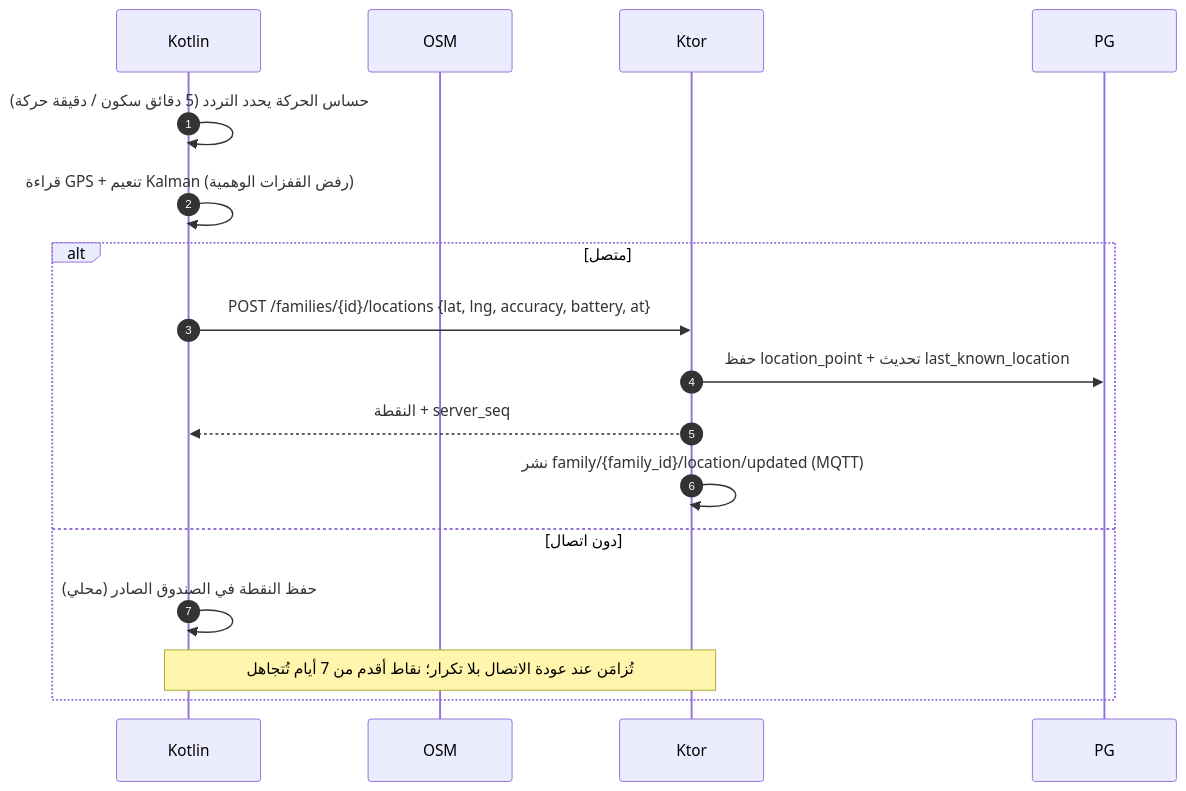
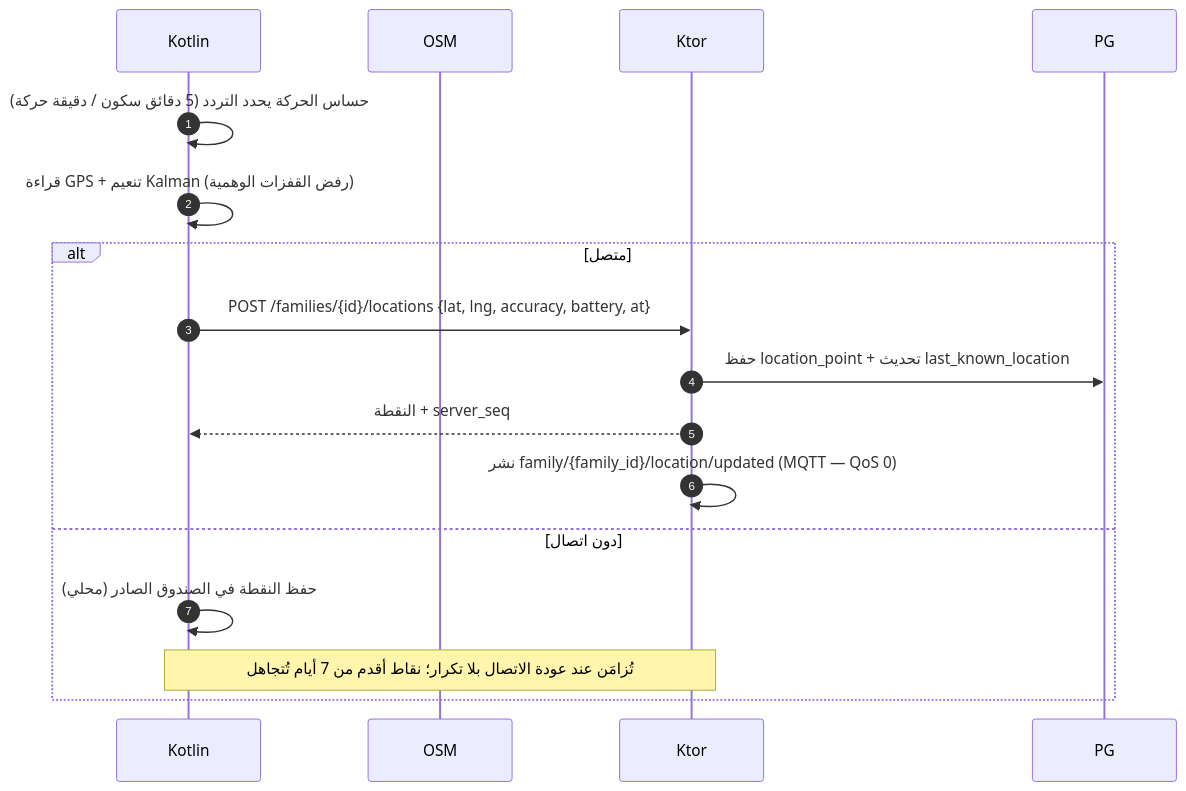
The third of 13 diagrams in docs/family-os/governance/phases/phase-1/S1-07-location-basic/DIAGRAMS.md (Bassam-mohammed-alqaeadi/family-os-v2), drawn with Mermaid before and after one commit. The commit also changed other lines of this file and 19 other files, not shown here.

````diff
--- a/docs/family-os/governance/phases/phase-1/S1-07-location-basic/DIAGRAMS.md
+++ b/docs/family-os/governance/phases/phase-1/S1-07-location-basic/DIAGRAMS.md
@@ -148,19 +151,19 @@
 ```mermaid
 sequenceDiagram
     autonumber
     participant خدمة as Kotlin
     participant خريطة as OSM
     participant الخادم as Ktor
     participant المخزن as PG
     خدمة->>خدمة: حساس الحركة يحدد التردد (5 دقائق سكون / دقيقة حركة)
     خدمة->>خدمة: قراءة GPS + تنعيم Kalman (رفض القفزات الوهمية)
     alt متصل
         خدمة->>الخادم: POST /families/{id}/locations {lat, lng, accuracy, battery, at}
         الخادم->>المخزن: حفظ location_point + تحديث last_known_location
         الخادم-->>خدمة: النقطة + server_seq
-        الخادم->>الخادم: نشر family/{family_id}/location/updated (MQTT)
+        الخادم->>الخادم: نشر family/{family_id}/location/updated (MQTT — QoS 0)
     else دون اتصال
         خدمة->>خدمة: حفظ النقطة في الصندوق الصادر (محلي)
         Note over خدمة,الخادم: تُزامَن عند عودة الاتصال بلا تكرار؛ نقاط أقدم من 7 أيام تُتجاهل
     end
 ```
````
